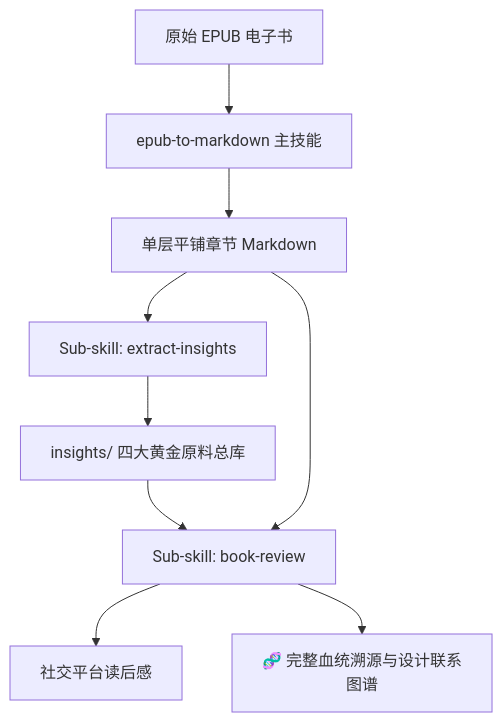
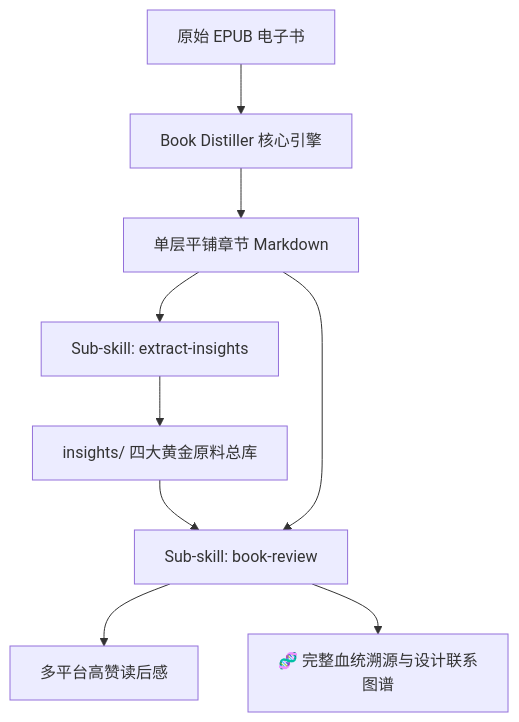
The diagram in SKILL.md (ubworkshop/book-distiller), drawn with Mermaid before and after one commit. The commit also changed other lines of this file and 3 other files, not shown here.

Commit message:
chore: rename skill and repository to book-distiller (v2.8)

````diff
--- a/SKILL.md
+++ b/SKILL.md
@@ -26,11 +30,11 @@
 ```mermaid
 flowchart TD
-    EPUB[原始 EPUB 电子书] --> Main[epub-to-markdown 主技能]
+    EPUB[原始 EPUB 电子书] --> Main[Book Distiller 核心引擎]
     Main --> Chapters[单层平铺章节 Markdown]
     Chapters --> S1[Sub-skill: extract-insights]
     S1 --> Insights[insights/ 四大黄金原料总库]
     Insights --> S2[Sub-skill: book-review]
     Chapters --> S2
-    S2 --> Reviews[社交平台读后感]
+    S2 --> Reviews[多平台高赞读后感]
     S2 --> Provenance[🧬 完整血统溯源与设计联系图谱]
 ```
````
